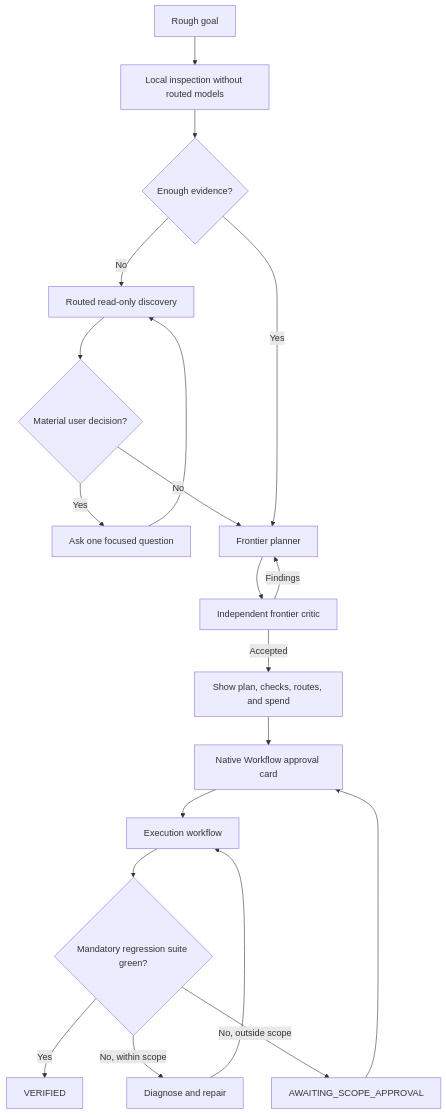
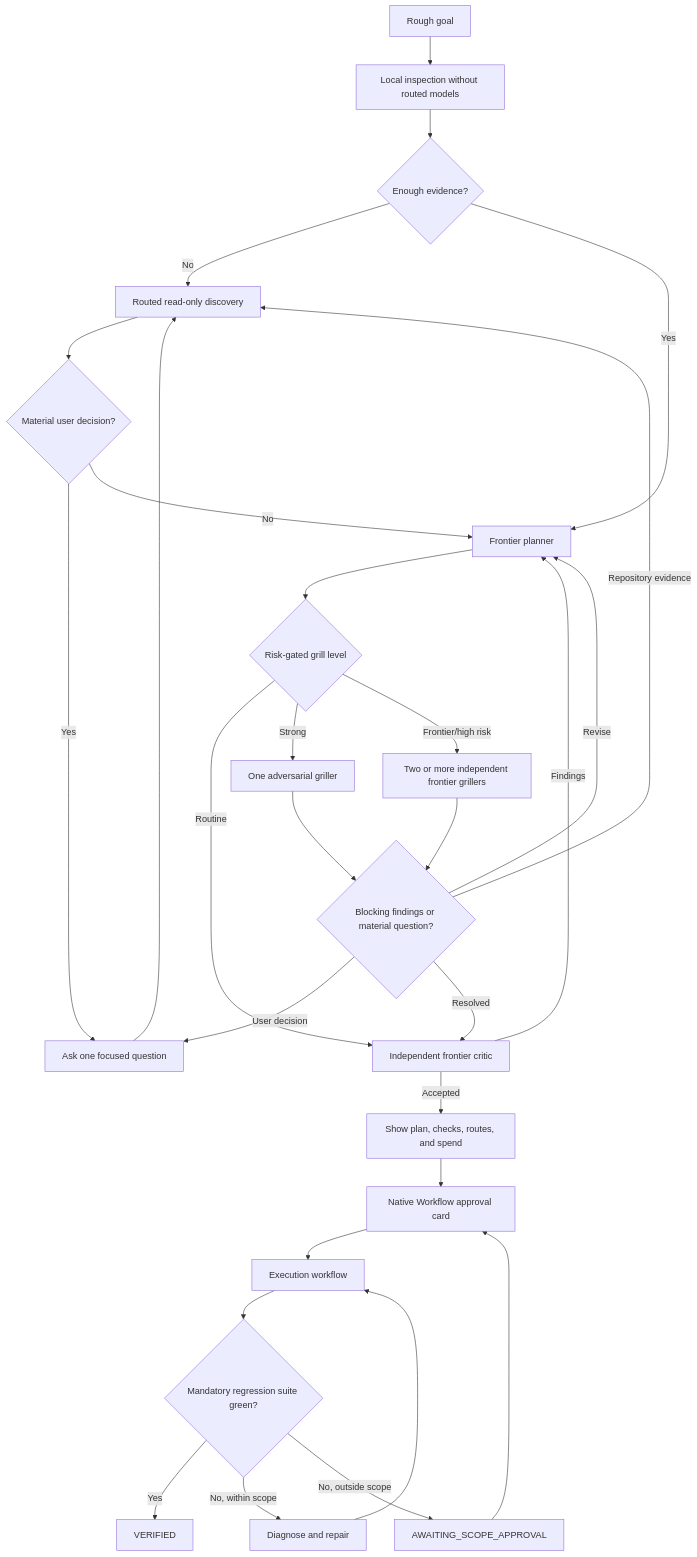
One commit to gerasim13/route-coding-agents changed the first of 2 diagrams in docs/plans/2026-07-23-adaptive-start-workflow.md. Above: the diagram before and after it, drawn with Mermaid. The commit also changed other lines of this file and 12 other files, not shown here.

Commit message:
feat: add risk-gated adversarial plan grilling

````diff
--- a/docs/plans/2026-07-23-adaptive-start-workflow.md
+++ b/docs/plans/2026-07-23-adaptive-start-workflow.md
@@ -105,22 +110,31 @@
 ```mermaid
 flowchart TD
     A["Rough goal"] --> B["Local inspection without routed models"]
     B --> C{"Enough evidence?"}
     C -- "No" --> D["Routed read-only discovery"]
     D --> E{"Material user decision?"}
     E -- "Yes" --> F["Ask one focused question"]
     F --> D
     E -- "No" --> G["Frontier planner"]
     C -- "Yes" --> G
-    G --> H["Independent frontier critic"]
-    H -- "Findings" --> G
-    H -- "Accepted" --> I["Show plan, checks, routes, and spend"]
-    I --> J["Native Workflow approval card"]
-    J --> K["Execution workflow"]
-    K --> L{"Mandatory regression suite green?"}
-    L -- "Yes" --> M["VERIFIED"]
-    L -- "No, within scope" --> N["Diagnose and repair"]
-    N --> K
-    L -- "No, outside scope" --> O["AWAITING_SCOPE_APPROVAL"]
-    O --> J
+    G --> H{"Risk-gated grill level"}
+    H -- "Routine" --> K["Independent frontier critic"]
+    H -- "Strong" --> I["One adversarial griller"]
+    H -- "Frontier/high risk" --> J["Two or more independent frontier grillers"]
+    I --> R{"Blocking findings or material question?"}
+    J --> R
+    R -- "Repository evidence" --> D
+    R -- "User decision" --> F
+    R -- "Revise" --> G
+    R -- "Resolved" --> K
+    K -- "Findings" --> G
+    K -- "Accepted" --> L["Show plan, checks, routes, and spend"]
+    L --> M["Native Workflow approval card"]
+    M --> N["Execution workflow"]
+    N --> O{"Mandatory regression suite green?"}
+    O -- "Yes" --> P["VERIFIED"]
+    O -- "No, within scope" --> Q["Diagnose and repair"]
+    Q --> N
+    O -- "No, outside scope" --> S["AWAITING_SCOPE_APPROVAL"]
+    S --> M
 ```
````
